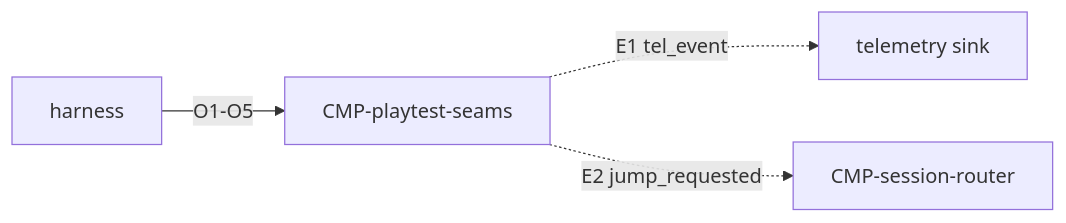
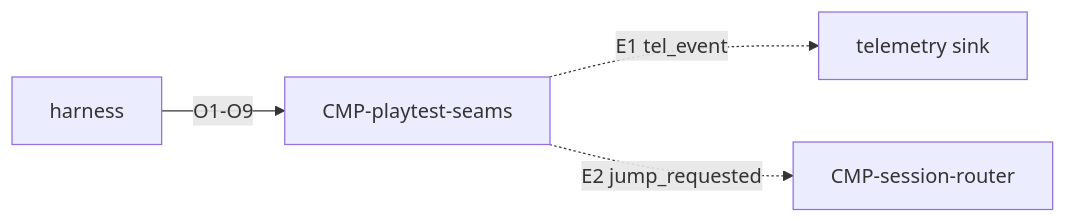
Before and after one commit to waigore/simplechessv2: the diagram in specs/technical/contracts/playtest-drive.md, drawn with Mermaid. The commit also changed other lines of this file and 10 other files, not shown here.

````diff
--- a/specs/technical/contracts/playtest-drive.md
+++ b/specs/technical/contracts/playtest-drive.md
@@ -46,10 +50,10 @@
 ```mermaid
 flowchart LR
   H[harness]
   P[CMP-playtest-seams]
   T[telemetry sink]
   R[CMP-session-router]
-  H -->|O1-O5| P
+  H -->|O1-O9| P
   P -.->|E1 tel_event| T
   P -.->|E2 jump_requested| R
 ```
````
